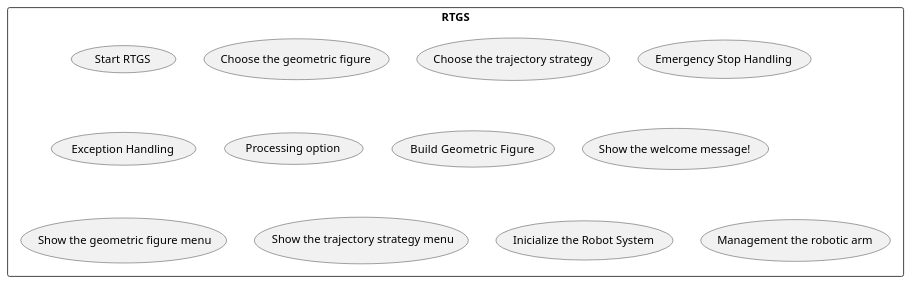
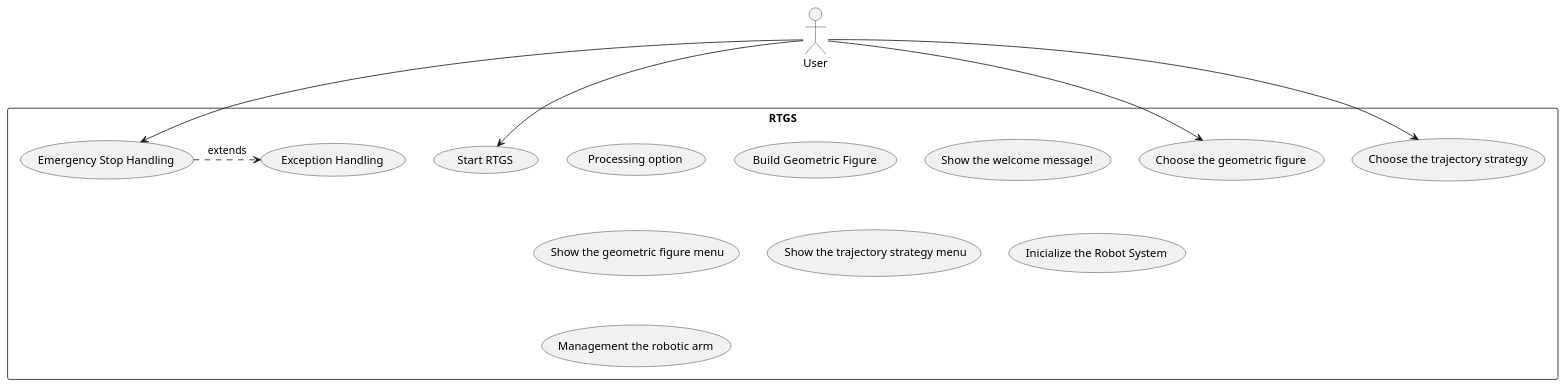
The diagram in useCase.plantuml (MarcioFreitasUFSC21/RTGS-Master-Course-System), drawn with PlantUML before and after one commit.

Commit message:
user case complet with actor human user

```diff
--- a/useCase.plantuml
+++ b/useCase.plantuml
@@ -1,16 +1,23 @@
 @startuml
+
+actor "User" as user
 rectangle RTGS {
 usecase " Start RTGS" as UC1
 usecase " Choose the geometric figure" as UC2
 usecase " Choose the trajectory strategy" as UC3
 usecase " Emergency Stop Handling" as UC4
 usecase " Exception Handling" as UC5
 usecase " Processing option" as UC6
 usecase " Build  Geometric Figure" as UC7
 usecase " Show the welcome message!" as UC8
 usecase " Show the geometric figure menu" as UC9
 usecase " Show the trajectory strategy menu" as UC10
 usecase " Inicialize the Robot System" as UC11
 usecase " Management the robotic arm" as UC12
 }
+user --> UC1
+user --> UC2
+user --> UC3
+user --> UC4
+(UC4) .> (UC5): extends 
 @enduml
```
